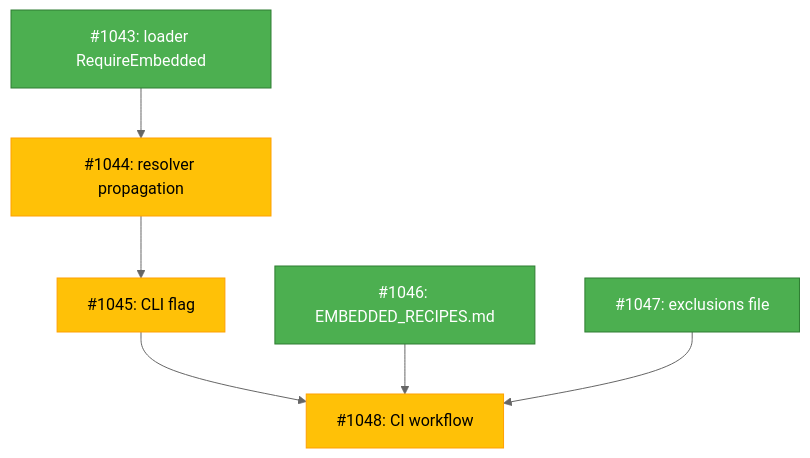
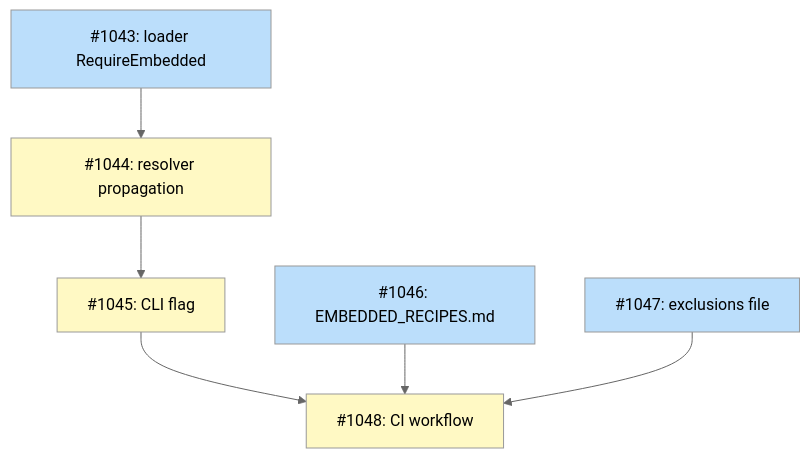
One commit to tsukumogami/tsuku changed the diagram in docs/designs/DESIGN-embedded-recipe-list.md. Above: the diagram before and after it, drawn with Mermaid (neutral theme). The commit also changed other lines of this file and 18 other files, not shown here.

First line of the commit message:
feat(loader): add RequireEmbedded option to loader

````diff
--- a/docs/designs/DESIGN-embedded-recipe-list.md
+++ b/docs/designs/DESIGN-embedded-recipe-list.md
@@ -25,18 +25,22 @@
 ```mermaid
 graph TD
-    classDef ready fill:#4CAF50,stroke:#2E7D32,color:white
-    classDef blocked fill:#FFC107,stroke:#FFA000,color:black
-
-    1043["#1043: loader RequireEmbedded"]:::ready
-    1044["#1044: resolver propagation"]:::blocked
-    1045["#1045: CLI flag"]:::blocked
-    1046["#1046: EMBEDDED_RECIPES.md"]:::ready
-    1047["#1047: exclusions file"]:::ready
-    1048["#1048: CI workflow"]:::blocked
+    1043["#1043: loader RequireEmbedded"]
+    1044["#1044: resolver propagation"]
+    1045["#1045: CLI flag"]
+    1046["#1046: EMBEDDED_RECIPES.md"]
+    1047["#1047: exclusions file"]
+    1048["#1048: CI workflow"]
 
     1043 --> 1044
     1044 --> 1045
     1045 --> 1048
     1046 --> 1048
     1047 --> 1048
+
+    classDef done fill:#c8e6c9
+    classDef ready fill:#bbdefb
+    classDef blocked fill:#fff9c4
+
+    class 1043,1046,1047 ready
+    class 1044,1045,1048 blocked
 ```
````
